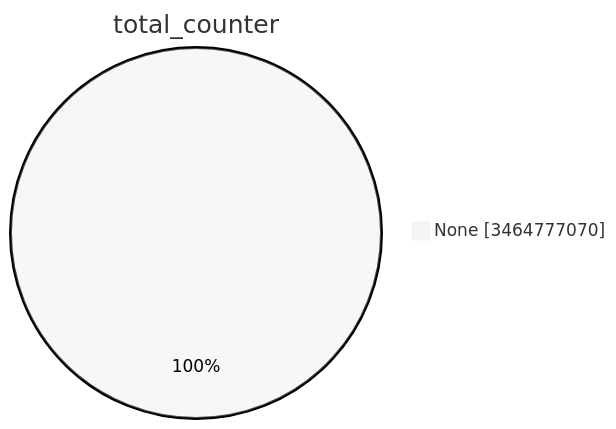
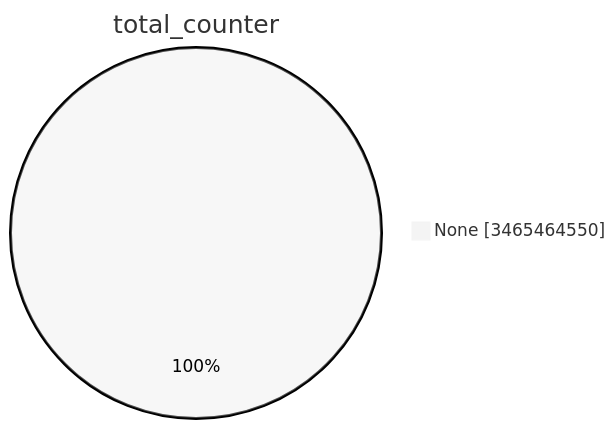
One commit to christiankrug/ctmonitor_visualization changed the first of 15 diagrams in TOTAL/README.md. Above: the diagram before and after it, drawn with Mermaid (neutral theme). The commit also changed other lines of this file, not shown here.

````diff
--- a/TOTAL/README.md
+++ b/TOTAL/README.md
@@ -1,5 +1,5 @@
 ```mermaid
 pie showData
 title total_counter
-"None" :3464777070
+"None" :3465464550
 ```
````
